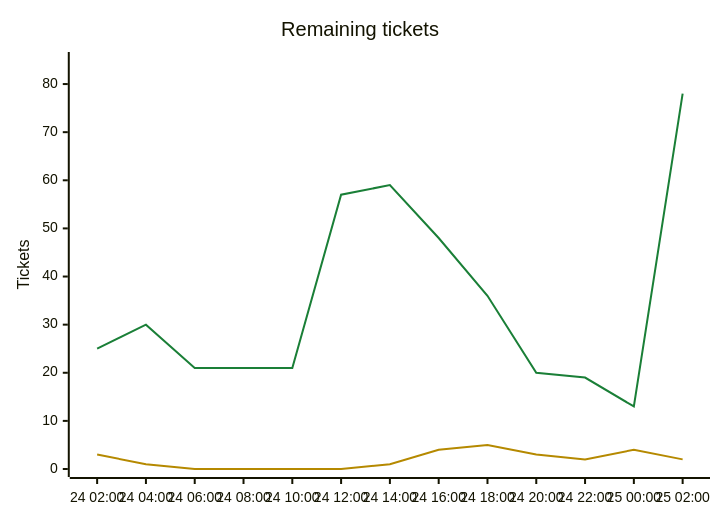
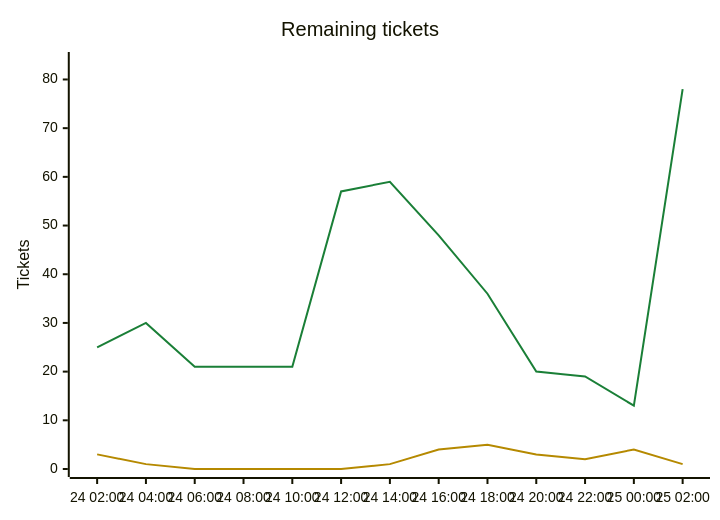
Before and after one commit to Kenmura/Unciv: the second of 2 diagrams in csharp/migration/DEPENDENCY_MAP.md, drawn with Mermaid. The commit also changed other lines of this file and 1 other file, not shown here.

````diff
--- a/csharp/migration/DEPENDENCY_MAP.md
+++ b/csharp/migration/DEPENDENCY_MAP.md
@@ -553,9 +541,9 @@
 ```mermaid
 %%{init: {"themeVariables": {"xyChart": {"plotColorPalette": "#1a7f37, #b58900"}}}}%%
 xychart-beta
     title "Remaining tickets"
     x-axis ["24 02:00", "24 04:00", "24 06:00", "24 08:00", "24 10:00", "24 12:00", "24 14:00", "24 16:00", "24 18:00", "24 20:00", "24 22:00", "25 00:00", "25 02:00"]
-    y-axis "Tickets" 0 --> 85
+    y-axis "Tickets" 0 --> 84
     line [25, 30, 21, 21, 21, 57, 59, 48, 36, 20, 19, 13, 78]
-    line [3, 1, 0, 0, 0, 0, 1, 4, 5, 3, 2, 4, 2]
+    line [3, 1, 0, 0, 0, 0, 1, 4, 5, 3, 2, 4, 1]
 ```
````
